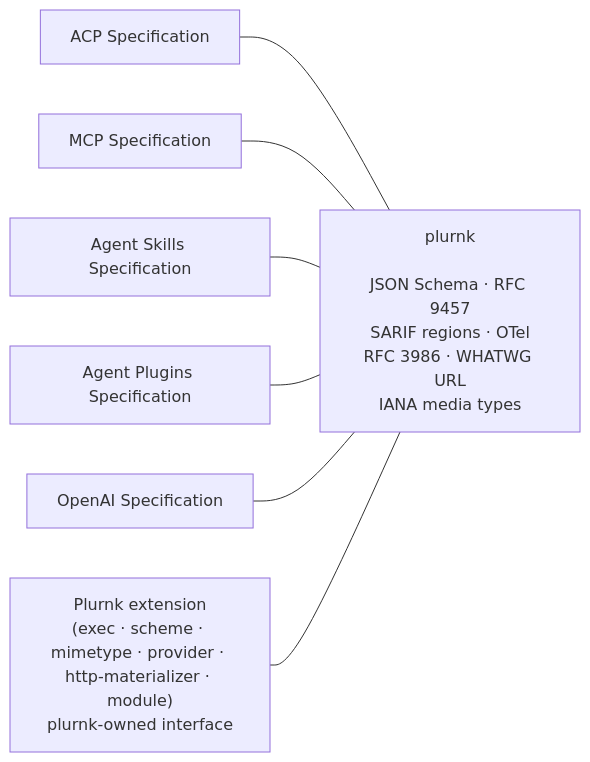
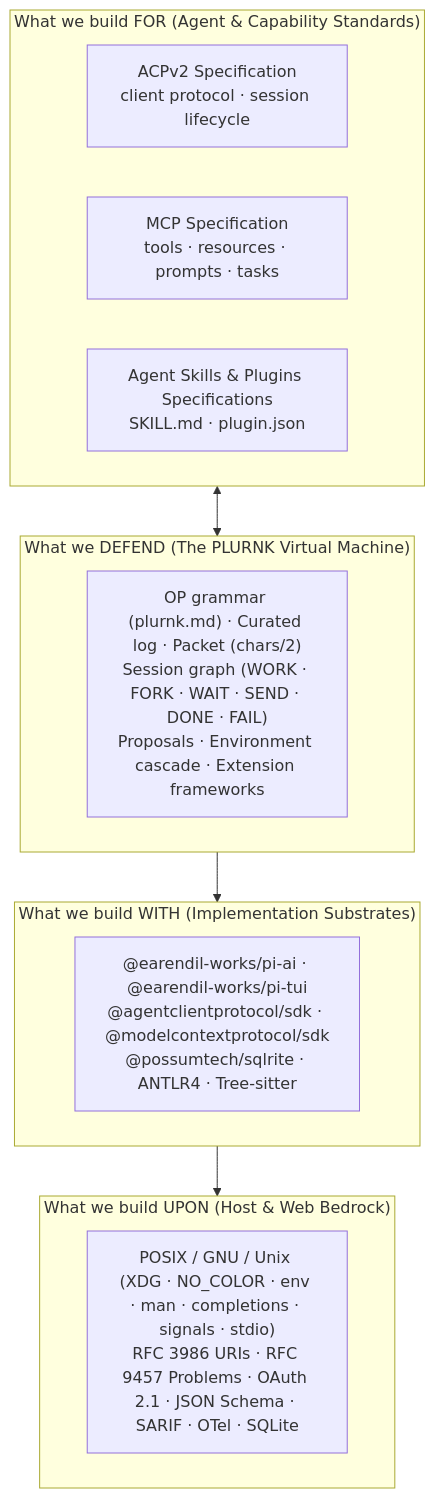
One commit to plurnk/plurnk-service changed the first of 5 diagrams in ARCHITECTURE.md. Above: the diagram before and after it, drawn with Mermaid. The commit also changed other lines of this file and 40 other files, not shown here.

Commit message:
feat(acp): implement ACP v2 session lifecycle, tool/terminal cancel, and auth/status (#1396)

````diff
--- a/ARCHITECTURE.md
+++ b/ARCHITECTURE.md
@@ -14,9 +12,24 @@
 ```mermaid
-flowchart LR
-    ACP["ACP Specification"] --- PLURNK["plurnk<br/><br/>JSON Schema · RFC 9457<br/>SARIF regions · OTel<br/>RFC 3986 · WHATWG URL<br/>IANA media types"]
-    MCP["MCP Specification"] --- PLURNK
-    SKILLS["Agent Skills Specification"] --- PLURNK
-    PLUGINS["Agent Plugins Specification"] --- PLURNK
-    OPENAI["OpenAI Specification"] --- PLURNK
-    EXTENSION["Plurnk extension<br/>(exec · scheme · mimetype · provider · http-materializer · module)<br/>plurnk-owned interface"] --- PLURNK
+flowchart TB
+    subgraph FOR["What we build FOR (Agent & Capability Standards)"]
+        ACP["ACPv2 Specification<br/>client protocol · session lifecycle"]
+        MCP["MCP Specification<br/>tools · resources · prompts · tasks"]
+        SKILLS["Agent Skills & Plugins Specifications<br/>SKILL.md · plugin.json"]
+    end
+
+    subgraph DEFEND["What we DEFEND (The PLURNK Virtual Machine)"]
+        VM["OP grammar (plurnk.md) · Curated log · Packet (chars/2)<br/>Session graph (WORK · FORK · WAIT · SEND · DONE · FAIL)<br/>Proposals · Environment cascade · Extension frameworks"]
+    end
+
+    subgraph WITH["What we build WITH (Implementation Substrates)"]
+        SUB["@earendil-works/pi-ai · @earendil-works/pi-tui<br/>@agentclientprotocol/sdk · @modelcontextprotocol/sdk<br/>@possumtech/sqlrite · ANTLR4 · Tree-sitter"]
+    end
+
+    subgraph UPON["What we build UPON (Host & Web Bedrock)"]
+        BED["POSIX / GNU / Unix (XDG · NO_COLOR · env · man · completions · signals · stdio)<br/>RFC 3986 URIs · RFC 9457 Problems · OAuth 2.1 · JSON Schema · SARIF · OTel · SQLite"]
+    end
+
+    FOR <--> DEFEND
+    DEFEND --> WITH
+    WITH --> UPON
 ```
````
